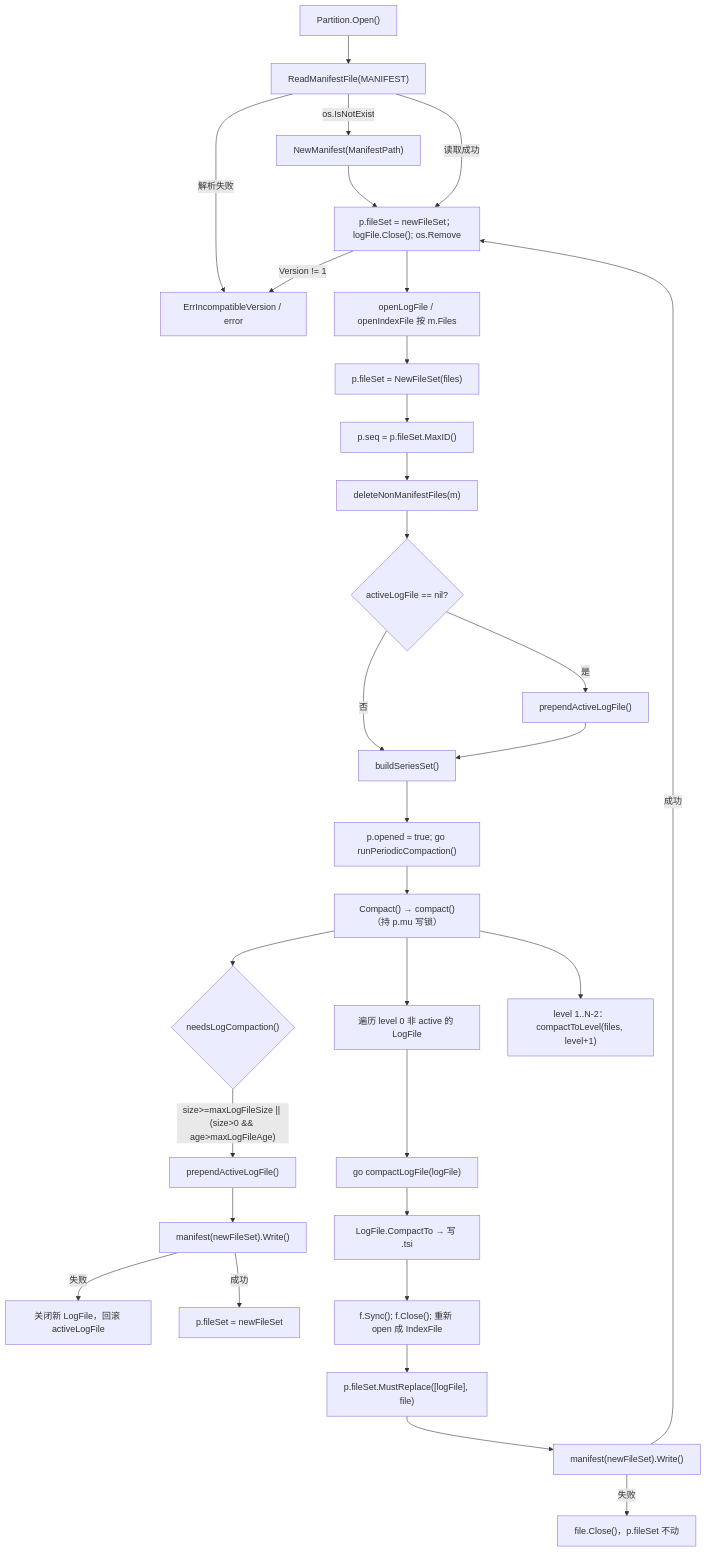
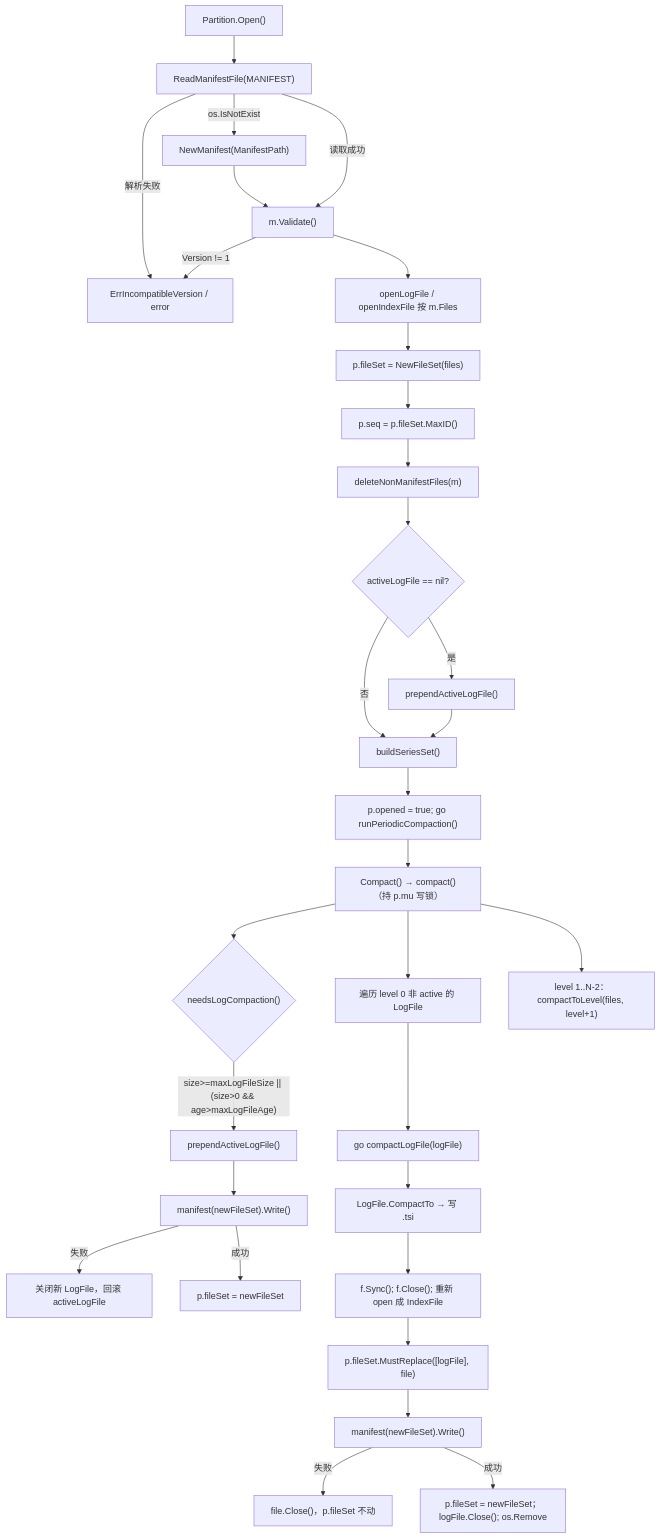
Before and after one commit to stefanv5/influxdb: the first of 3 diagrams in docs/specs/v1.8.10-vs-v1.12.3/02_index_series_diff.md, drawn with Mermaid. The commit also changed other lines of this file and 12 other files, not shown here.

````diff
--- a/docs/specs/v1.8.10-vs-v1.12.3/02_index_series_diff.md
+++ b/docs/specs/v1.8.10-vs-v1.12.3/02_index_series_diff.md
@@ -64,34 +64,34 @@
 ```mermaid
 flowchart TD
     A["Partition.Open()"] --> B["ReadManifestFile(MANIFEST)"]
     B -->|"os.IsNotExist"| C["NewManifest(ManifestPath)"]
     B -->|"解析失败"| X["ErrIncompatibleVersion / error"]
-    C --> V["m.Validate()"]
-    B -->|"读取成功"| V
-    V -->|"Version != 1"| X
-    V --> D["openLogFile / openIndexFile 按 m.Files"]
+    C --> MV["m.Validate()"]
+    B -->|"读取成功"| MV
+    MV -->|"Version != 1"| X
+    MV --> D["openLogFile / openIndexFile 按 m.Files"]
     D --> E["p.fileSet = NewFileSet(files)"]
     E --> SQ["p.seq = p.fileSet.MaxID()"]
     SQ --> F["deleteNonManifestFiles(m)"]
     F --> PF{"activeLogFile == nil?"}
     PF -->|"是"| PG["prependActiveLogFile()"]
     PF -->|"否"| G["buildSeriesSet()"]
     PG --> G
     G --> H["p.opened = true; go runPeriodicCompaction()"]
     H --> I["Compact() → compact()（持 p.mu 写锁）"]
 
     I --> J{"needsLogCompaction()"}
     J -->|"size>=maxLogFileSize || (size>0 && age>maxLogFileAge)"| K["prependActiveLogFile()"]
     K --> L["manifest(newFileSet).Write()"]
     L -->|"失败"| M["关闭新 LogFile，回滚 activeLogFile"]
     L -->|"成功"| N["p.fileSet = newFileSet"]
     I --> O["遍历 level 0 非 active 的 LogFile"]
     O --> P["go compactLogFile(logFile)"]
     P --> Q["LogFile.CompactTo → 写 .tsi"]
     Q --> R["f.Sync(); f.Close(); 重新 open 成 IndexFile"]
     R --> S["p.fileSet.MustReplace([logFile], file)"]
     S --> T["manifest(newFileSet).Write()"]
     T -->|"失败"| U["file.Close()，p.fileSet 不动"]
     T -->|"成功"| V["p.fileSet = newFileSet；logFile.Close(); os.Remove"]
     I --> W["level 1..N-2：compactToLevel(files, level+1)"]
 ```
````
